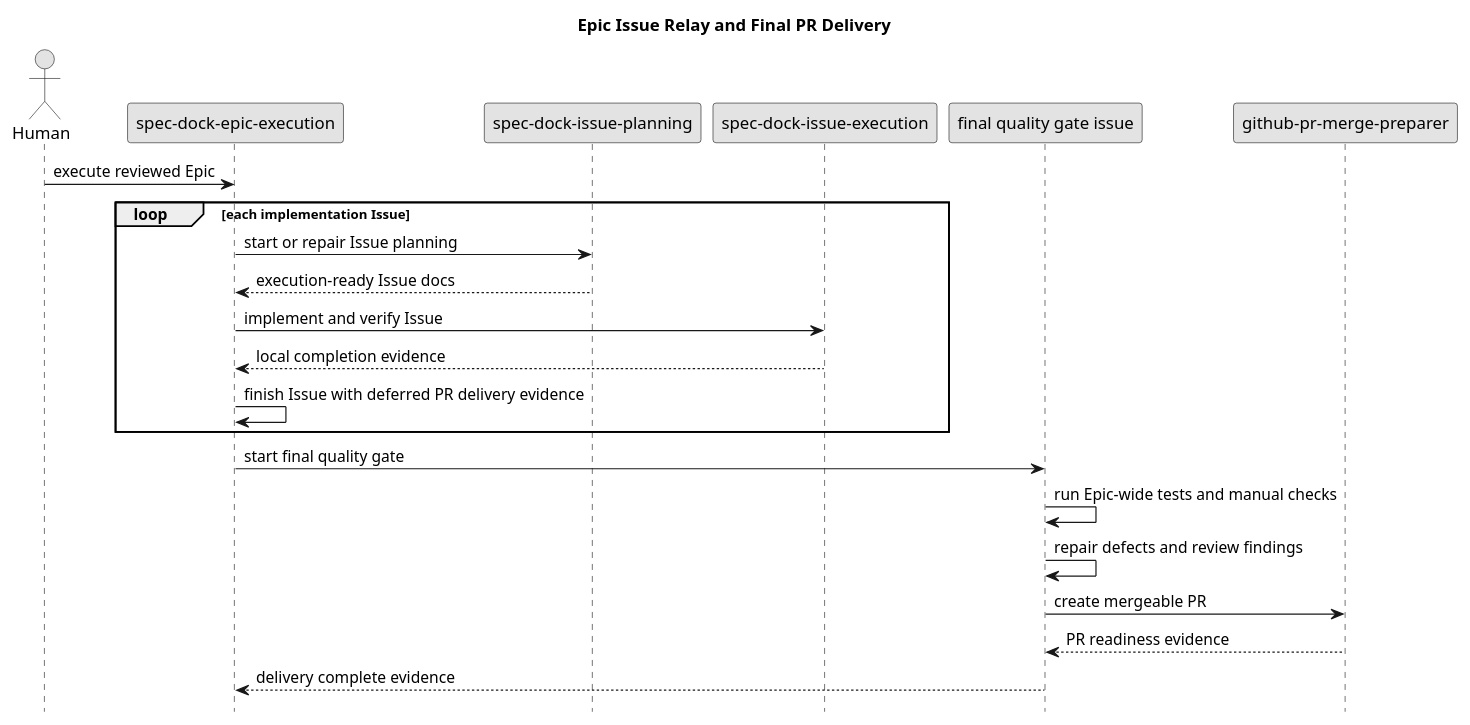
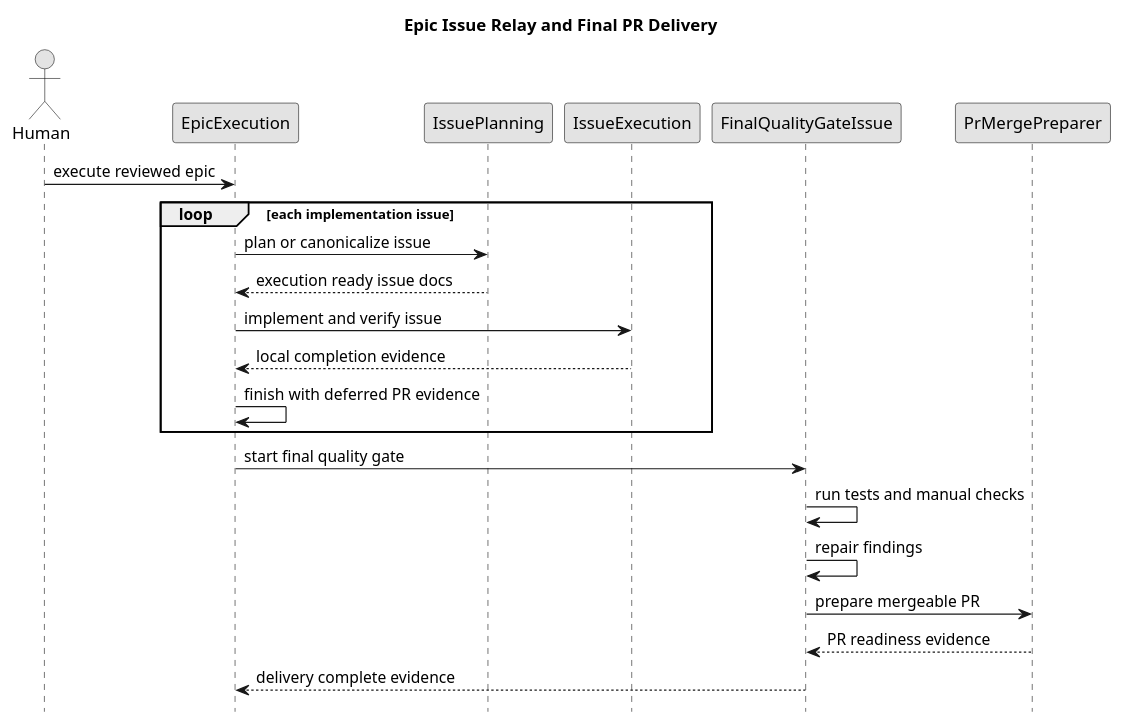
One commit to chemitaro/spec-dock changed the fourth of 4 diagrams in 00000-00999/epic-00295/design.md. Above: the diagram before and after it, drawn with PlantUML. The commit also changed other lines of this file and 45 other files, not shown here.

First line of the commit message:
docs(spec-dock): ChatGPT生成packをEpic正本へ反映

````diff
--- a/00000-00999/epic-00295/design.md
+++ b/00000-00999/epic-00295/design.md
@@ -418,30 +428,30 @@
 ```plantuml
 @startuml
 title Epic Issue Relay and Final PR Delivery
 skinparam monochrome true
 hide footbox
 
-actor Human as Human
-participant "spec-dock-epic-execution" as EpicExec
-participant "spec-dock-issue-planning" as IssuePlan
-participant "spec-dock-issue-execution" as IssueExec
-participant "final quality gate issue" as FinalIssue
-participant "github-pr-merge-preparer" as PRPrep
+actor Human as H
+participant "EpicExecution" as EpicExec
+participant "IssuePlanning" as IssuePlan
+participant "IssueExecution" as IssueExec
+participant "FinalQualityGateIssue" as FinalIssue
+participant "PrMergePreparer" as PRPrep
 
-Human -> EpicExec : execute reviewed Epic
-loop each implementation Issue
-  EpicExec -> IssuePlan : start or repair Issue planning
-  IssuePlan --> EpicExec : execution-ready Issue docs
-  EpicExec -> IssueExec : implement and verify Issue
+H -> EpicExec : execute reviewed epic
+loop each implementation issue
+  EpicExec -> IssuePlan : plan or canonicalize issue
+  IssuePlan --> EpicExec : execution ready issue docs
+  EpicExec -> IssueExec : implement and verify issue
   IssueExec --> EpicExec : local completion evidence
-  EpicExec -> EpicExec : finish Issue with deferred PR delivery evidence
+  EpicExec -> EpicExec : finish with deferred PR evidence
 end
 
 EpicExec -> FinalIssue : start final quality gate
-FinalIssue -> FinalIssue : run Epic-wide tests and manual checks
-FinalIssue -> FinalIssue : repair defects and review findings
-FinalIssue -> PRPrep : create mergeable PR
+FinalIssue -> FinalIssue : run tests and manual checks
+FinalIssue -> FinalIssue : repair findings
+FinalIssue -> PRPrep : prepare mergeable PR
 PRPrep --> FinalIssue : PR readiness evidence
 FinalIssue --> EpicExec : delivery complete evidence
 @enduml
 ```
````
